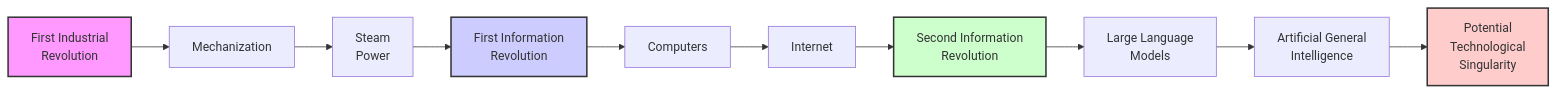
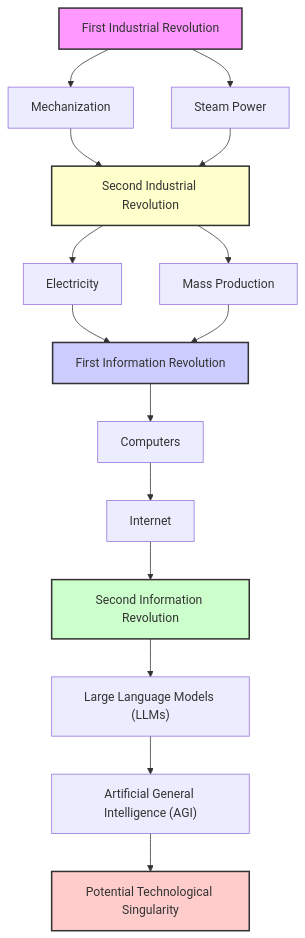
One commit to chenxingqiang/llm-course-chen changed the second of 5 diagrams in notebooks/md/lesson_01_Course_Overview2.md. Above: the diagram before and after it, drawn with Mermaid. The commit also changed other lines of this file and 658 other files, not shown here.

````diff
--- a/notebooks/md/lesson_01_Course_Overview2.md
+++ b/notebooks/md/lesson_01_Course_Overview2.md
@@ -85,25 +120,31 @@
 ```mermaid
-graph LR
-    A["First Industrial
-    Revolution"] --> B[Mechanization]
-    B --> C["Steam
-    Power"]
-    C --> D["First Information
-    Revolution"]
-    D --> E[Computers]
-    E --> F[Internet]
-    F --> G["Second Information
-    Revolution"]
-    G --> H["Large Language
-    Models"]
-    H --> I["Artificial General
-    Intelligence"]
-    I --> J["Potential
-    Technological
-    Singularity"]
+graph TD
+    A["First Industrial Revolution"]
+    B[Mechanization]
+    C["Steam Power"]
+    D["Second Industrial Revolution"]
+    E["Electricity"]
+    F["Mass Production"]
+    G["First Information Revolution"]
+    H["Computers"]
+    I["Internet"]
+    J["Second Information Revolution"]
+    K["Large Language Models (LLMs)"]
+    L["Artificial General Intelligence (AGI)"]
+    M["Potential Technological Singularity"]
+
+    A --> B & C
+    B & C --> D
+    D --> E & F
+    E & F --> G
+    G --> H --> I
+    I --> J
+    J --> K --> L
+    L --> M
 
     style A fill:#f9f,stroke:#333,stroke-width:2px
-    style D fill:#ccf,stroke:#333,stroke-width:2px
-    style G fill:#cfc,stroke:#333,stroke-width:2px
-    style J fill:#fcc,stroke:#333,stroke-width:2px
+    style D fill:#ffc,stroke:#333,stroke-width:2px
+    style G fill:#ccf,stroke:#333,stroke-width:2px
+    style J fill:#cfc,stroke:#333,stroke-width:2px
+    style M fill:#fcc,stroke:#333,stroke-width:2px
 ```
````
